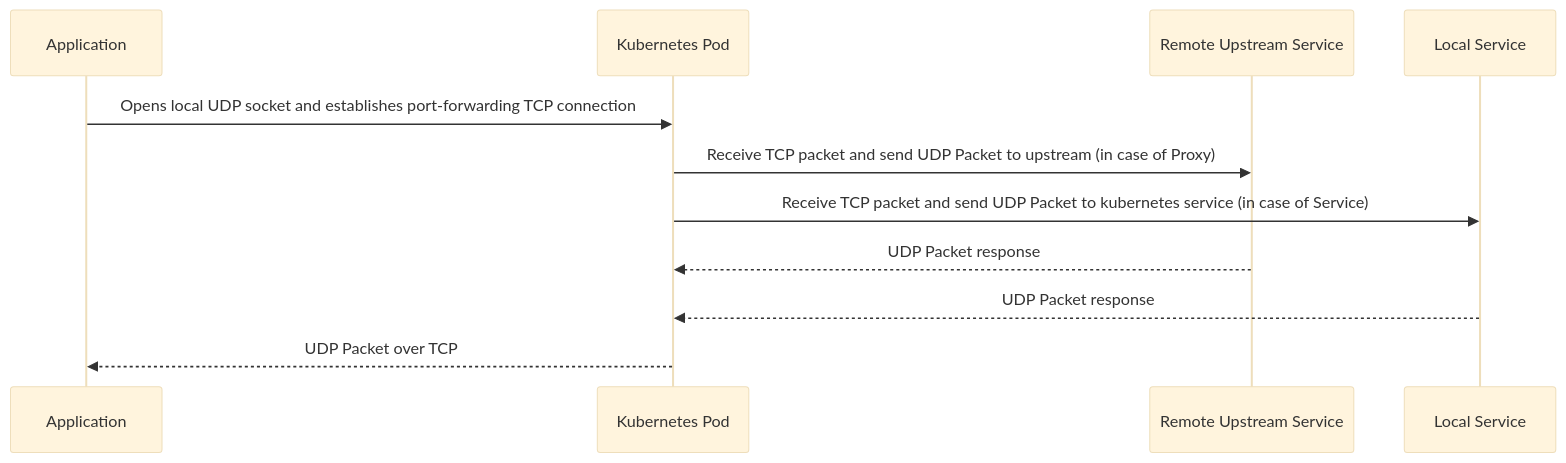
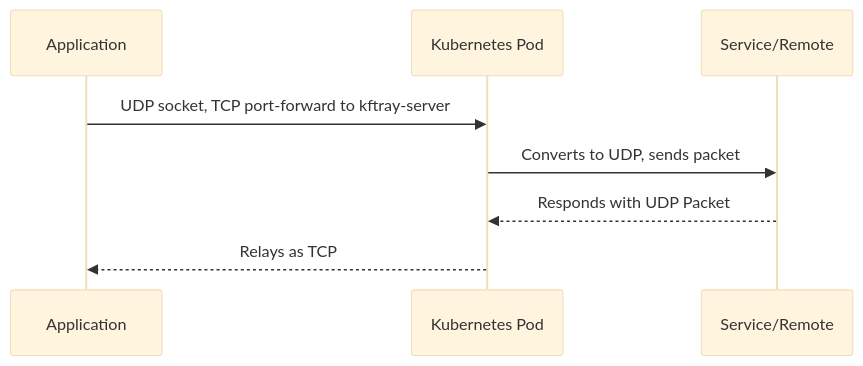
One commit to hcavarsan/kftray changed the third of 3 diagrams in README.md. Above: the diagram before and after it, drawn with Mermaid (base theme). The commit also changed other lines of this file, not shown here.

````diff
--- a/README.md
+++ b/README.md
@@ -256,9 +201,7 @@
 ```mermaid
 sequenceDiagram
-    Application->>Kubernetes Pod: Opens local UDP socket and establishes port-forwarding TCP connection
-    Kubernetes Pod->>Remote Upstream Service: Receive TCP packet and send UDP Packet to upstream (in case of Proxy)
-    Kubernetes Pod->>Local Service: Receive TCP packet and send UDP Packet to kubernetes service (in case of Service)
-    Remote Upstream Service-->>Kubernetes Pod: UDP Packet response
-    Local Service-->>Kubernetes Pod: UDP Packet response
-    Kubernetes Pod-->>Application: UDP Packet over TCP
+Application->>Kubernetes Pod: UDP socket, TCP port-forward to kftray-server
+Kubernetes Pod->>Service/Remote: Converts to UDP, sends packet
+Service/Remote-->>Kubernetes Pod: Responds with UDP Packet
+Kubernetes Pod-->>Application: Relays as TCP
 ```
````
